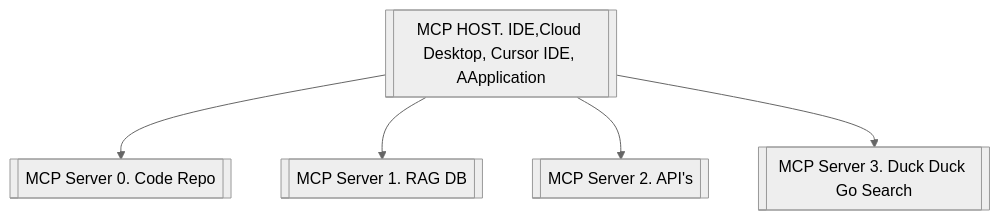
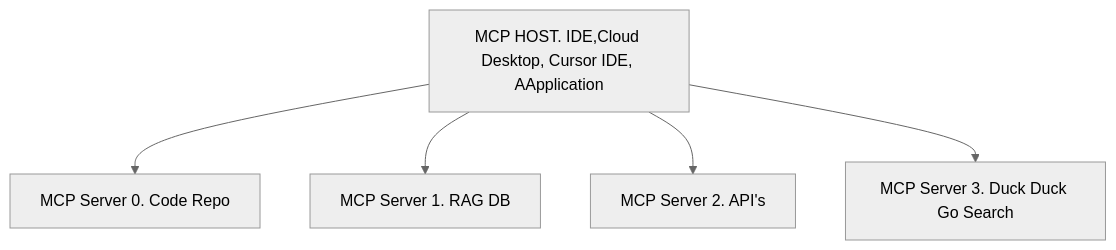
One commit to Arannamoy-Mondal/NLP-MLOPS changed the diagram in MCP/Readme.md. Above: the diagram before and after it, drawn with Mermaid (neutral theme).

````diff
--- a/MCP/Readme.md
+++ b/MCP/Readme.md
@@ -1,7 +1,7 @@
 ```mermaid
 graph TB;
- A[[MCP HOST. IDE,Cloud Desktop, Cursor IDE, AApplication]] --> B[[MCP Server 0. Code Repo]]
- A[[MCP HOST. IDE,Cloud Desktop, Cursor IDE, AApplication]] --> C[[MCP Server 1. RAG DB]]
- A[[MCP HOST. IDE,Cloud Desktop, Cursor IDE, AApplication]] --> D[[MCP Server 2. API's]]
- A[[MCP HOST. IDE,Cloud Desktop, Cursor IDE, AApplication]] --> E[[MCP Server 3. Duck Duck Go Search]]
+ A[MCP HOST. IDE,Cloud Desktop, Cursor IDE, AApplication] --> B[MCP Server 0. Code Repo]
+ A[MCP HOST. IDE,Cloud Desktop, Cursor IDE, AApplication] --> C[MCP Server 1. RAG DB]
+ A[MCP HOST. IDE,Cloud Desktop, Cursor IDE, AApplication] --> D[MCP Server 2. API's]
+ A[MCP HOST. IDE,Cloud Desktop, Cursor IDE, AApplication] --> E[MCP Server 3. Duck Duck Go Search]
 ```
````
